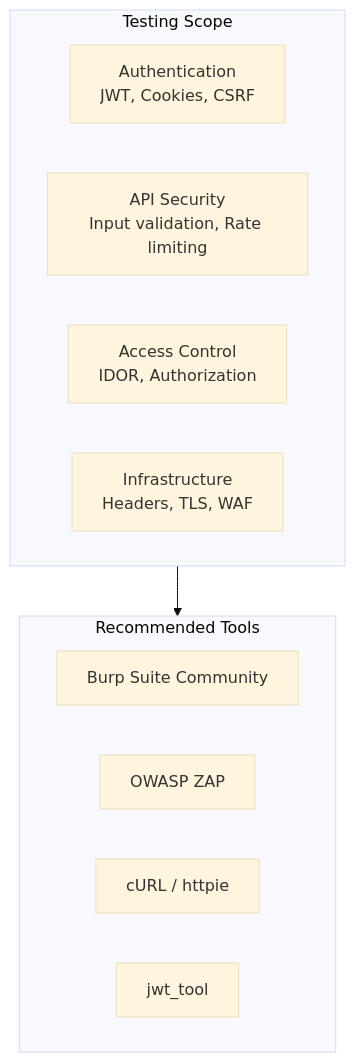
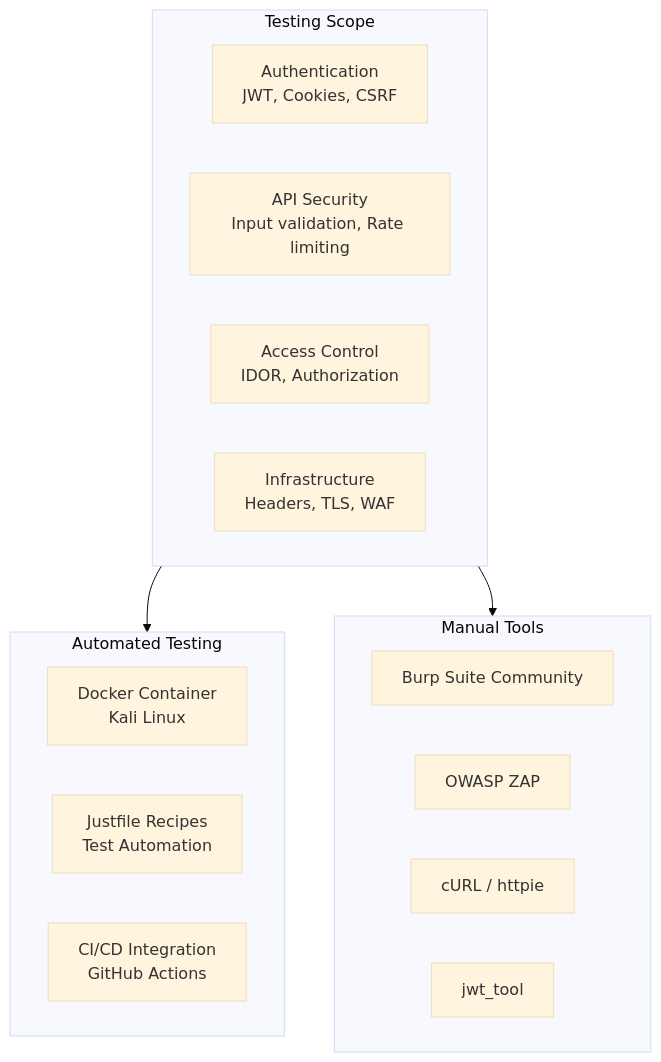
One commit to Walsen/devsecops-poc changed the diagram in docs/penetration-testing.md. Above: the diagram before and after it, drawn with Mermaid (base theme). The commit also changed other lines of this file and 27 other files, not shown here.

````diff
--- a/docs/penetration-testing.md
+++ b/docs/penetration-testing.md
@@ -7,18 +7,25 @@
 ```mermaid
 flowchart TB
     subgraph Scope["Testing Scope"]
         AUTH["Authentication<br/>JWT, Cookies, CSRF"]
         API["API Security<br/>Input validation, Rate limiting"]
         ACCESS["Access Control<br/>IDOR, Authorization"]
         INFRA["Infrastructure<br/>Headers, TLS, WAF"]
     end
 
-    subgraph Tools["Recommended Tools"]
+    subgraph Automated["Automated Testing"]
+        DOCKER["Docker Container<br/>Kali Linux"]
+        JUST["Justfile Recipes<br/>Test Automation"]
+        CI["CI/CD Integration<br/>GitHub Actions"]
+    end
+
+    subgraph Manual["Manual Tools"]
         BURP["Burp Suite Community"]
         ZAP["OWASP ZAP"]
         CURL["cURL / httpie"]
         JWT_TOOL["jwt_tool"]
     end
 
-    Scope --> Tools
+    Scope --> Automated
+    Scope --> Manual
 ```
````
